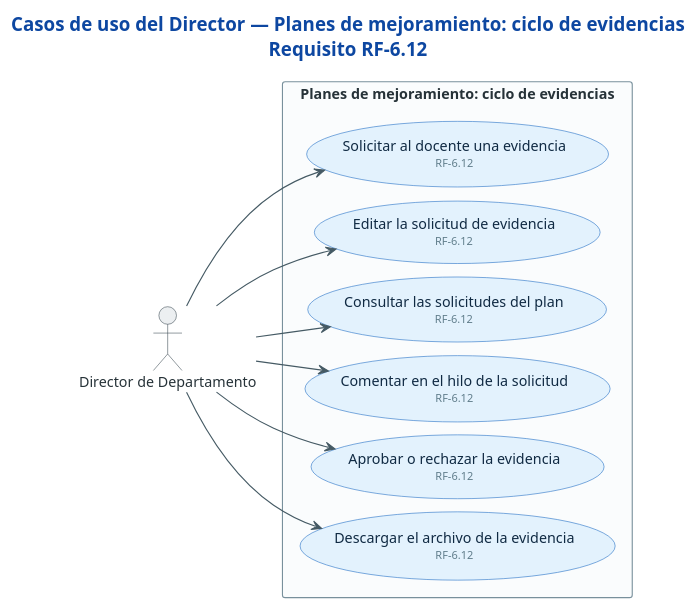
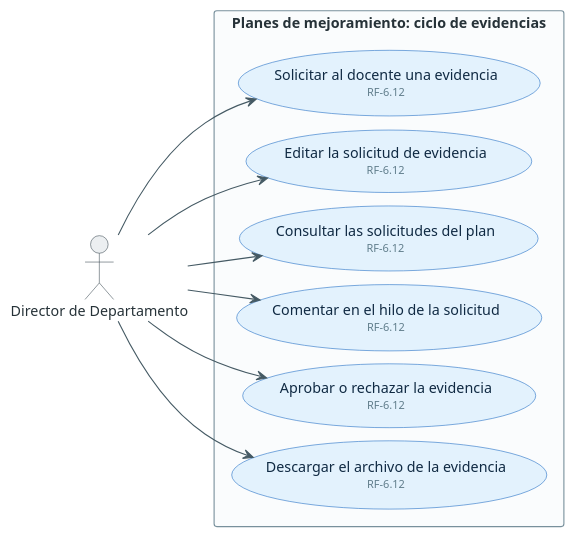
Before and after one commit to sistema-evaluacion-docente/api.evd: the diagram in docs/casos-de-uso/12-director-planes-evidencias.puml, drawn with PlantUML. The commit also changed 44 other files, not shown here.

First line of the commit message:
feat: add script to render use case diagrams to PDF

```diff
--- a/docs/casos-de-uso/12-director-planes-evidencias.puml
+++ b/docs/casos-de-uso/12-director-planes-evidencias.puml
@@ -1,56 +1,54 @@
 @startuml cu-12-director-planes-evidencias
 ' =============================================================================
 ' Sistema de Evaluación Docente (SET) — UFPS
 ' Fuente: Tabla 36 (actores) y Tabla 37 (requisitos funcionales) del documento de
 '         tesis, con la implementación de DistilUmbert-back y DistilUmbert-front.
 ' =============================================================================
-title Casos de uso del Director — Planes de mejoramiento: ciclo de evidencias\nRequisito RF-6.12
-
 left to right direction
 
 skinparam backgroundColor #FFFFFF
 skinparam shadowing false
 skinparam defaultFontSize 13
 skinparam TitleFontSize 17
 skinparam TitleFontColor #0D47A1
 skinparam ArrowColor #455A64
 skinparam ArrowFontColor #546E7A
 skinparam ArrowFontSize 11
 skinparam nodesep 12
 skinparam ranksep 40
 skinparam actor {
   BackgroundColor #ECEFF1
   BorderColor #37474F
   FontColor #263238
 }
 skinparam usecase {
   BackgroundColor #E3F2FD
   BorderColor #1565C0
   FontColor #102A43
 }
 skinparam rectangle {
   BackgroundColor #FAFCFD
   BorderColor #78909C
   FontColor #263238
   FontStyle bold
 }
 
 actor "Director de Departamento" as DIR
 
 rectangle "Planes de mejoramiento: ciclo de evidencias" {
   usecase "Solicitar al docente una evidencia\n<size:10><color:#607D8B>RF-6.12</color></size>" as D51
   usecase "Editar la solicitud de evidencia\n<size:10><color:#607D8B>RF-6.12</color></size>" as D52
   usecase "Consultar las solicitudes del plan\n<size:10><color:#607D8B>RF-6.12</color></size>" as D53
   usecase "Comentar en el hilo de la solicitud\n<size:10><color:#607D8B>RF-6.12</color></size>" as D54
   usecase "Aprobar o rechazar la evidencia\n<size:10><color:#607D8B>RF-6.12</color></size>" as D55
   usecase "Descargar el archivo de la evidencia\n<size:10><color:#607D8B>RF-6.12</color></size>" as D56
 }
 
 DIR --> D51
 DIR --> D52
 DIR --> D53
 DIR --> D54
 DIR --> D55
 DIR --> D56
 
 @enduml
```
